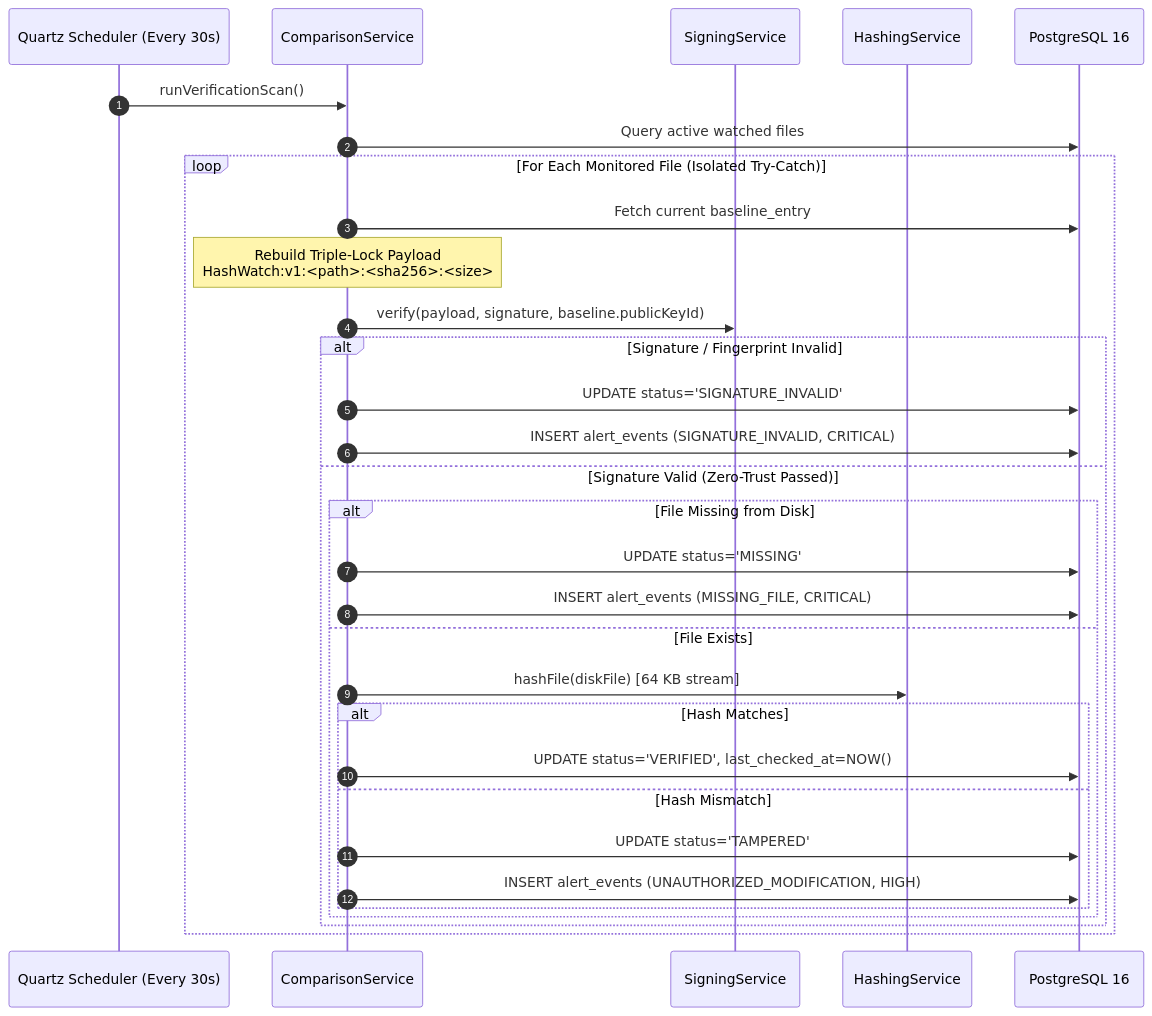
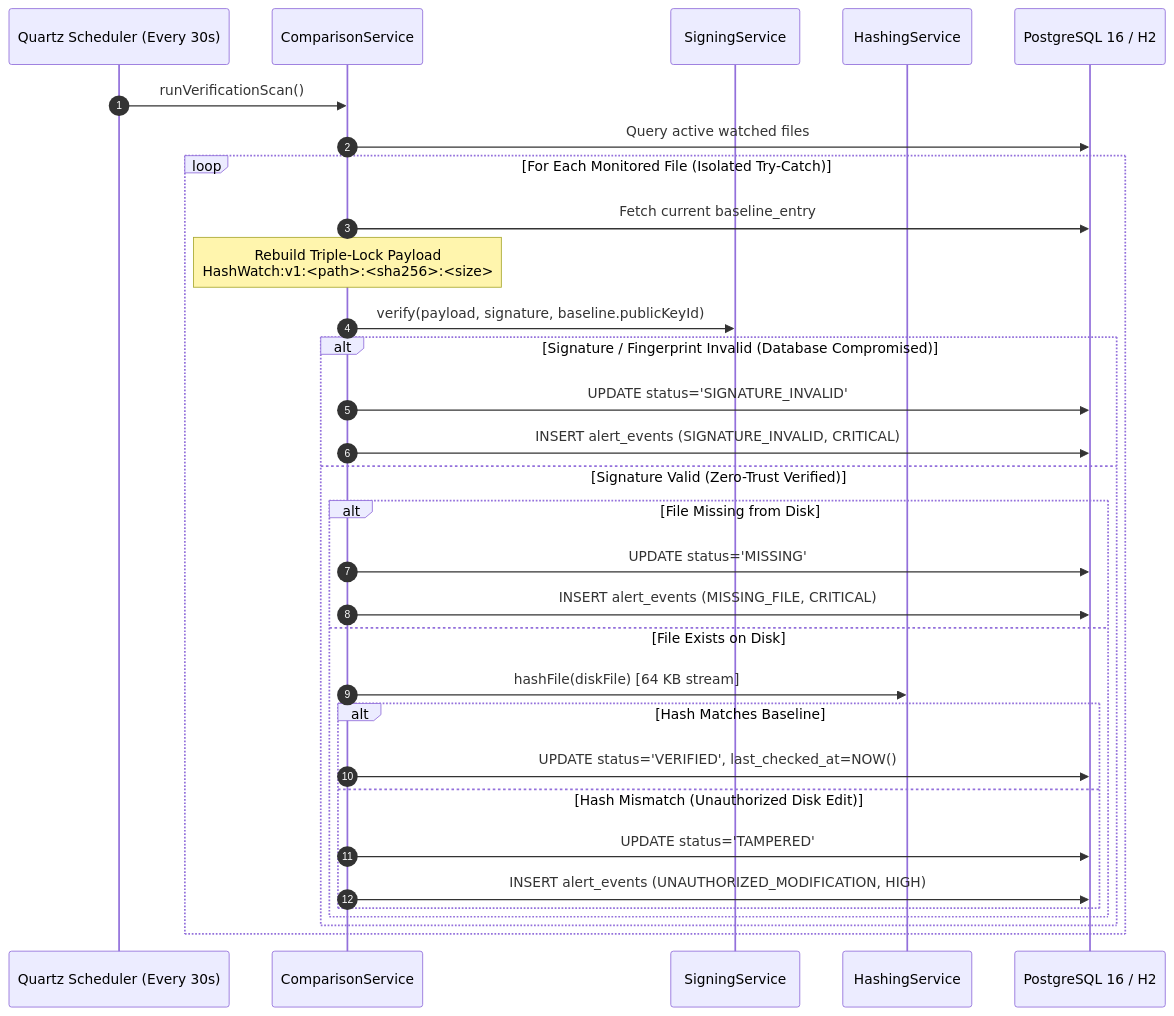
One commit to PG300604/HashWatch changed the second of 2 diagrams in README.md. Above: the diagram before and after it, drawn with Mermaid. The commit also changed other lines of this file, not shown here.

````diff
--- a/README.md
+++ b/README.md
@@ -113,34 +150,34 @@
 ```mermaid
 sequenceDiagram
     autonumber
     participant QZ as Quartz Scheduler (Every 30s)
     participant CS as ComparisonService
     participant SS as SigningService
     participant HS as HashingService
-    participant DB as PostgreSQL 16
+    participant DB as PostgreSQL 16 / H2
 
     QZ->>CS: runVerificationScan()
     CS->>DB: Query active watched files
     loop For Each Monitored File (Isolated Try-Catch)
         CS->>DB: Fetch current baseline_entry
         Note over CS: Rebuild Triple-Lock Payload<br/>HashWatch:v1:<path>:<sha256>:<size>
         CS->>SS: verify(payload, signature, baseline.publicKeyId)
-        alt Signature / Fingerprint Invalid
+        alt Signature / Fingerprint Invalid (Database Compromised)
             CS->>DB: UPDATE status='SIGNATURE_INVALID'
             CS->>DB: INSERT alert_events (SIGNATURE_INVALID, CRITICAL)
-        else Signature Valid (Zero-Trust Passed)
+        else Signature Valid (Zero-Trust Verified)
             alt File Missing from Disk
                 CS->>DB: UPDATE status='MISSING'
                 CS->>DB: INSERT alert_events (MISSING_FILE, CRITICAL)
-            else File Exists
+            else File Exists on Disk
                 CS->>HS: hashFile(diskFile) [64 KB stream]
-                alt Hash Matches
+                alt Hash Matches Baseline
                     CS->>DB: UPDATE status='VERIFIED', last_checked_at=NOW()
-                else Hash Mismatch
+                else Hash Mismatch (Unauthorized Disk Edit)
                     CS->>DB: UPDATE status='TAMPERED'
                     CS->>DB: INSERT alert_events (UNAUTHORIZED_MODIFICATION, HIGH)
                 end
             end
         end
     end
 ```
````
